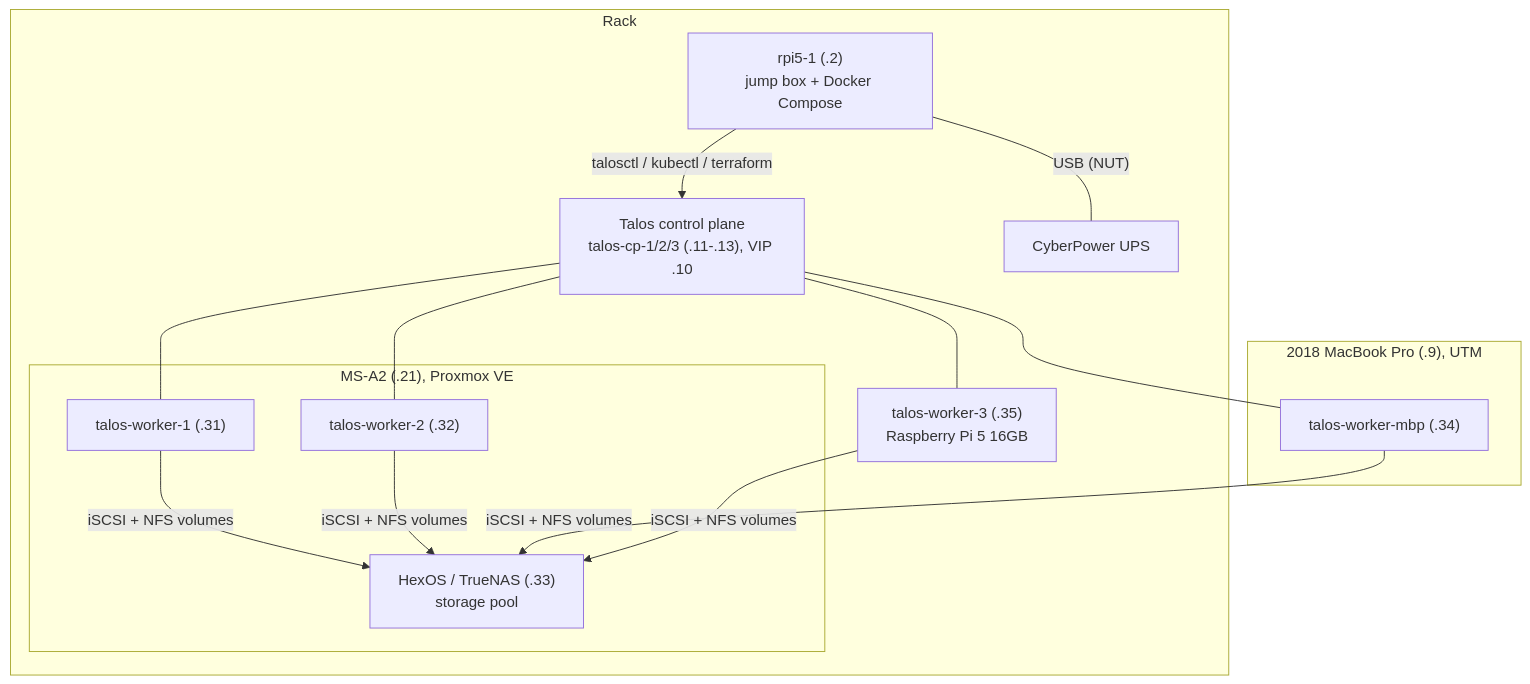
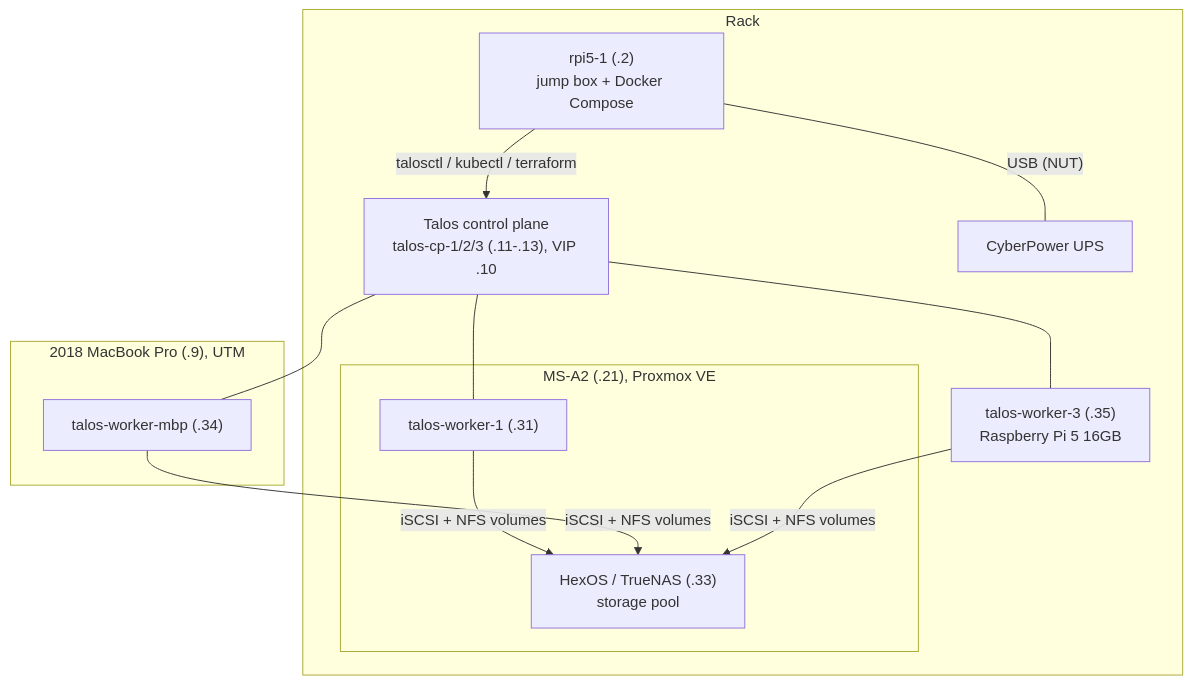
One commit to jakerobb/homelab changed the first of 2 diagrams in docs/overview.md. Above: the diagram before and after it, drawn with Mermaid. The commit also changed other lines of this file and 12 other files, not shown here.

````diff
--- a/docs/overview.md
+++ b/docs/overview.md
@@ -9,23 +9,22 @@
 ```mermaid
 flowchart TB
     subgraph rack["Rack"]
         rpi["rpi5-1 (.2)<br/>jump box + Docker Compose"]
         cp["Talos control plane<br/>talos-cp-1/2/3 (.11-.13), VIP .10"]
         wpi["talos-worker-3 (.35)<br/>Raspberry Pi 5 16GB"]
         subgraph msa2["MS-A2 (.21), Proxmox VE"]
             w1["talos-worker-1 (.31)"]
-            w2["talos-worker-2 (.32)"]
             hexos["HexOS / TrueNAS (.33)<br/>storage pool"]
         end
         ups["CyberPower UPS"]
     end
 
     subgraph mbp["2018 MacBook Pro (.9), UTM"]
         w3["talos-worker-mbp (.34)"]
     end
 
     rpi -- "talosctl / kubectl / terraform" --> cp
-    cp --- w1 & w2 & w3 & wpi
-    w1 & w2 & w3 & wpi -- "iSCSI + NFS volumes" --> hexos
+    cp --- w1 & w3 & wpi
+    w1 & w3 & wpi -- "iSCSI + NFS volumes" --> hexos
     rpi -- "USB (NUT)" --- ups
 ```
````
